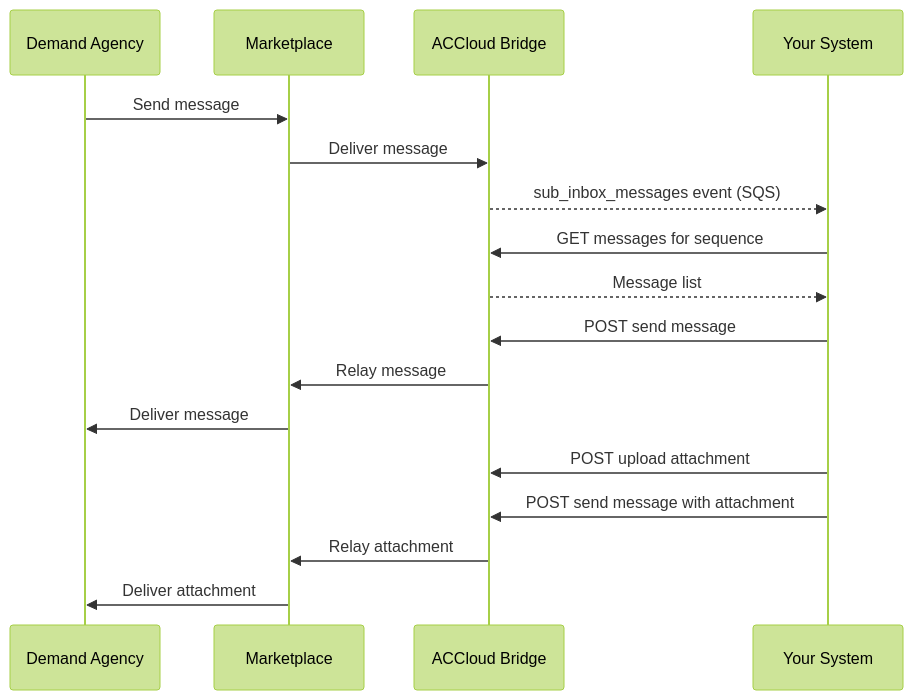
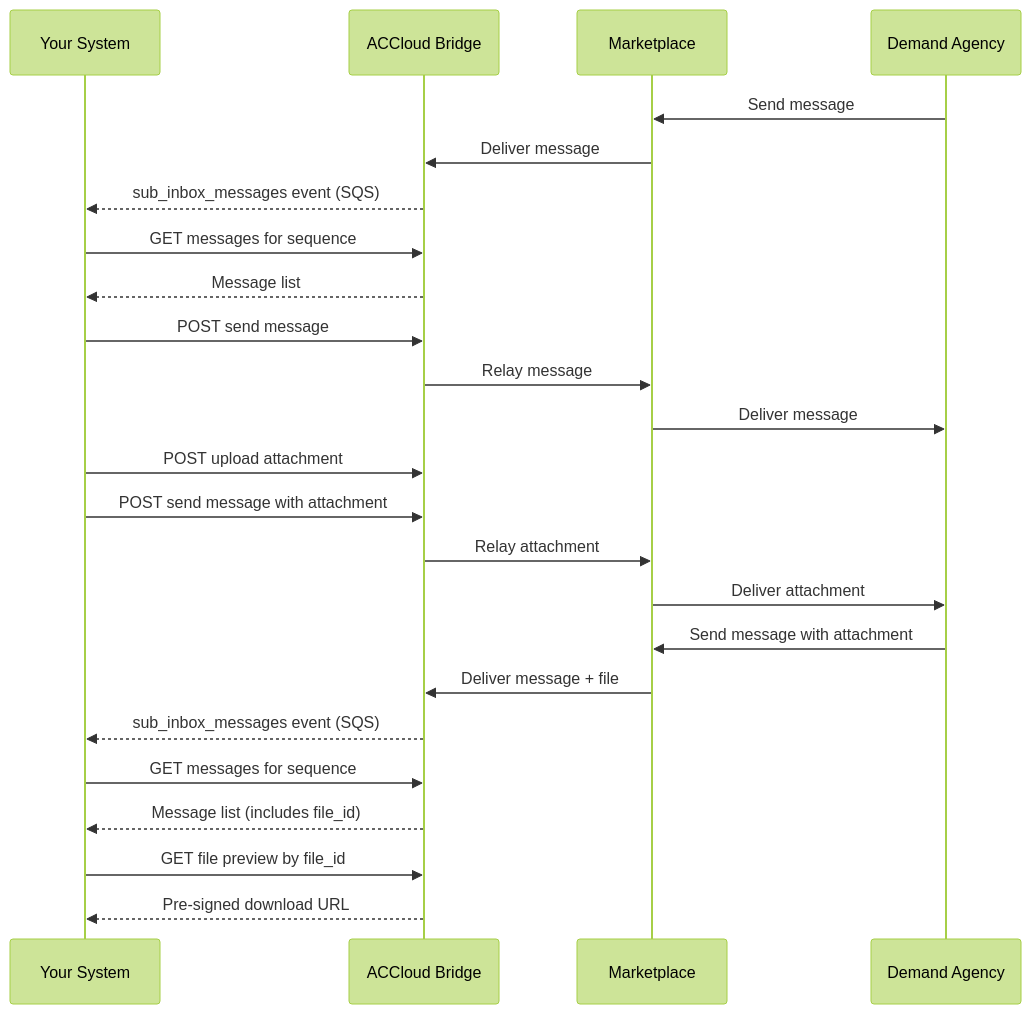
One commit to AlayaCare/alayamarket-third-party-integration changed the diagram in docs/workflows/messages.md. Above: the diagram before and after it, drawn with Mermaid (forest theme). The commit also changed other lines of this file and 6 other files, not shown here.

````diff
--- a/docs/workflows/messages.md
+++ b/docs/workflows/messages.md
@@ -175,22 +223,30 @@
 ```mermaid
 sequenceDiagram
+    participant 3P as Your System
+    participant AC as ACCloud Bridge
+    participant MP as Marketplace
     participant DA as Demand Agency
-    participant MP as Marketplace
-    participant AC as ACCloud Bridge
-    participant 3P as Your System
 
     DA->>MP: Send message
     MP->>AC: Deliver message
     AC-->>3P: sub_inbox_messages event (SQS)
     3P->>AC: GET messages for sequence
     AC-->>3P: Message list
 
     3P->>AC: POST send message
     AC->>MP: Relay message
     MP->>DA: Deliver message
 
     3P->>AC: POST upload attachment
     3P->>AC: POST send message with attachment
     AC->>MP: Relay attachment
     MP->>DA: Deliver attachment
+
+    DA->>MP: Send message with attachment
+    MP->>AC: Deliver message + file
+    AC-->>3P: sub_inbox_messages event (SQS)
+    3P->>AC: GET messages for sequence
+    AC-->>3P: Message list (includes file_id)
+    3P->>AC: GET file preview by file_id
+    AC-->>3P: Pre-signed download URL
 ```
````
